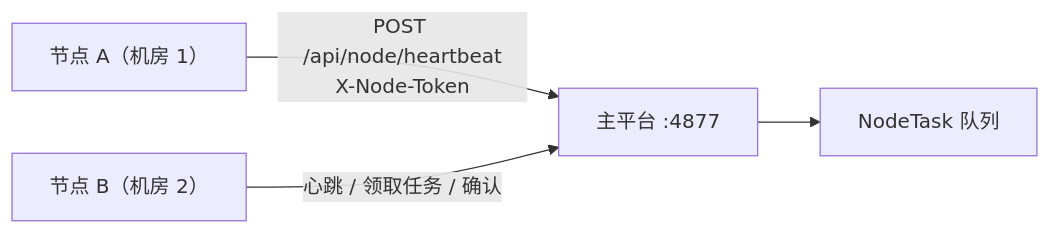
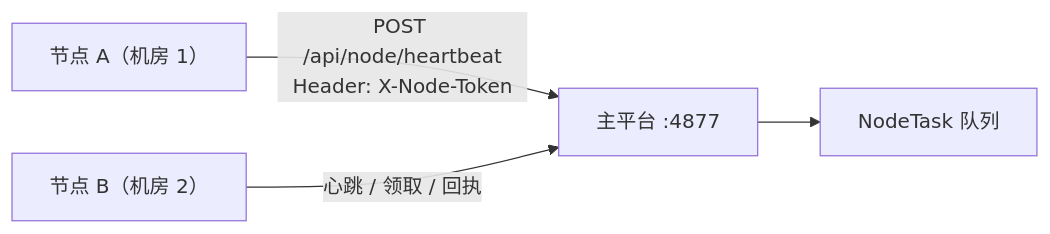
One commit to PolarPeak/AgentCapture changed the sixth of 6 diagrams in docs/integration.md. Above: the diagram before and after it, drawn with Mermaid. The commit also changed other lines of this file, not shown here.

````diff
--- a/docs/integration.md
+++ b/docs/integration.md
@@ -297,6 +457,6 @@
 ```mermaid
 flowchart LR
-    N1["节点 A（机房 1）"] -- "POST /api/node/heartbeat<br/>X-Node-Token" --> AC["主平台 :4877"]
-    N2["节点 B（机房 2）"] -- "心跳 / 领取任务 / 确认" --> AC
+    N1["节点 A（机房 1）"] -- "POST /api/node/heartbeat<br/>Header: X-Node-Token" --> AC["主平台 :4877"]
+    N2["节点 B（机房 2）"] -- "心跳 / 领取 / 回执" --> AC
     AC --> T["NodeTask 队列"]
 ```
````
